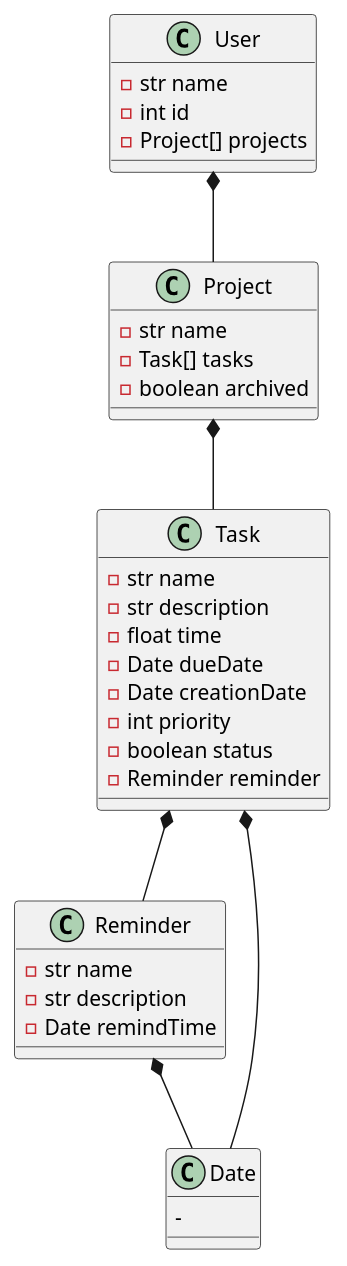
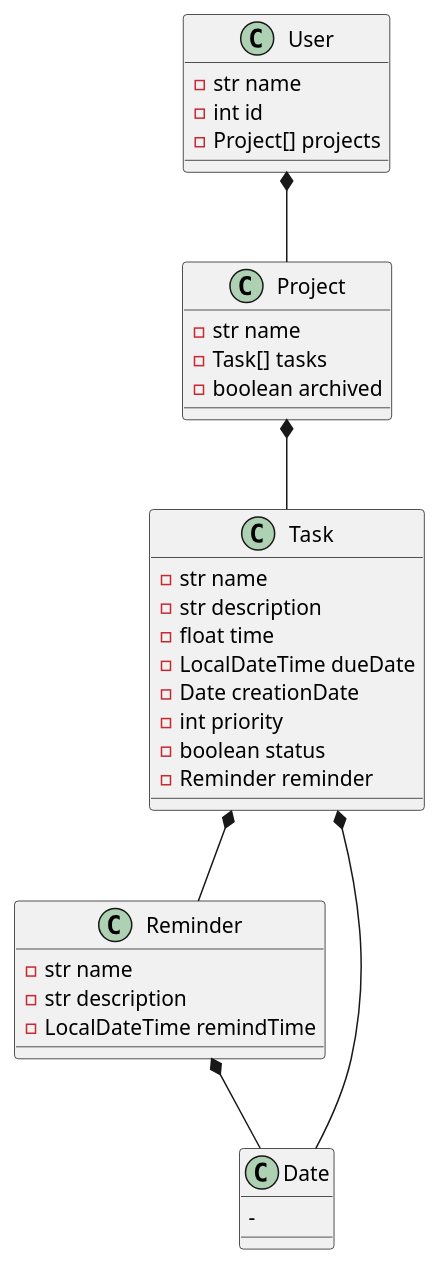
The diagram in classes.puml (earnestma/csc207-project), drawn with PlantUML before and after one commit.

Commit message:
Update classes.puml
I think the dates should be in LocalDateTime, since just Date will probalby not be enough often (for example, if there is something due at 9pm). Also, I don't know if we need a creationDate instance attribute for Task.

```diff
--- a/classes.puml
+++ b/classes.puml
@@ -1,44 +1,44 @@
 @startuml
 'https://plantuml.com/class-diagram
 
 
 User *-- Project
 Project *-- Task
 Task *-- Reminder
 Task *-- Date
 Reminder *-- Date
 
 class Task {
 - str name
 - str description
 - float time
-- Date dueDate
+- LocalDateTime dueDate
 - Date creationDate
 - int priority
 - boolean status
 - Reminder reminder
 }
 
 class Project {
 - str name
 - Task[] tasks
 - boolean archived
 }
 
 class User{
 - str name
 - int id
 - Project[] projects
 }
 
 class Reminder{
 - str name
 - str description
-- Date remindTime
+- LocalDateTime remindTime
 }
 
 class Date{
 -
 }
 
 @enduml
```
